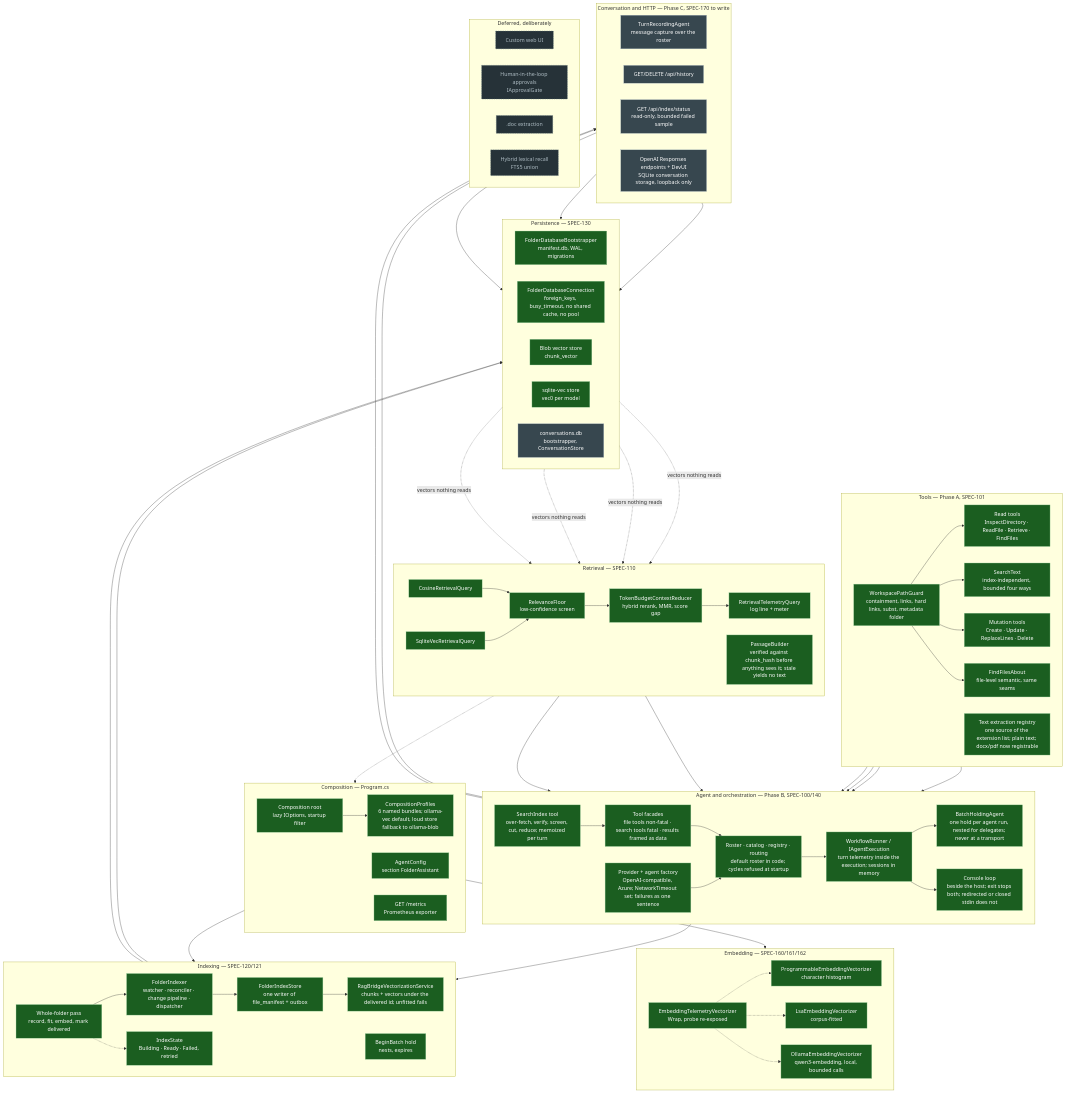
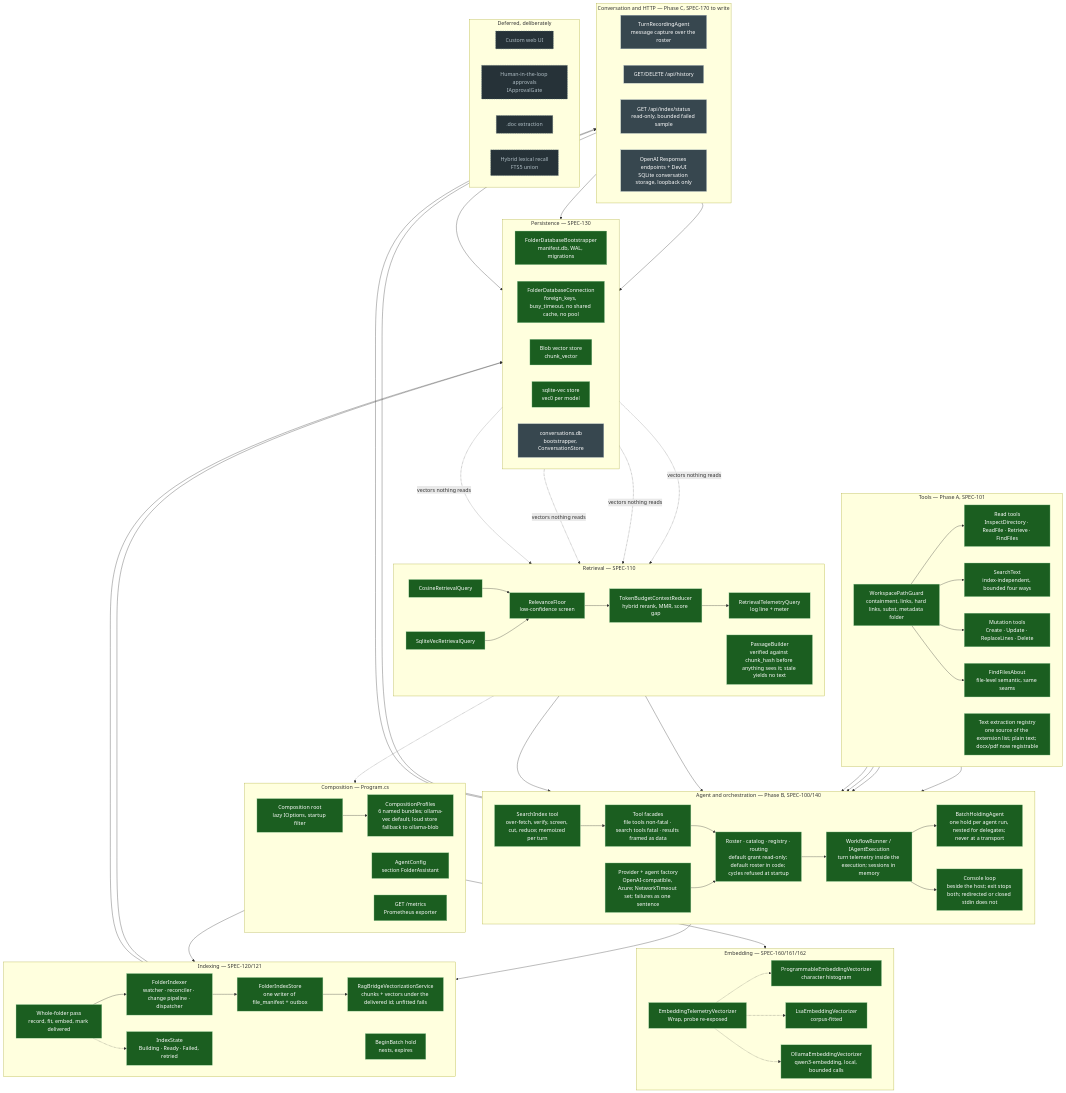
The diagram in README.md (Gazizova-Olga/Folder_Assistant-local_semantic_search), drawn with Mermaid before and after one commit. The commit also changed other lines of this file and 10 other files, not shown here.

```diff
--- a/README.md
+++ b/README.md
@@ -192,7 +194,7 @@
         direction LR
         provider["Provider + agent factory<br/>OpenAI-compatible, Azure; NetworkTimeout set; failures as one sentence"]
         facade["Tool facades<br/>file tools non-fatal · search tools fatal · results framed as data"]
-        roster["Roster · catalog · registry · routing<br/>default roster in code; cycles refused at startup"]
+        roster["Roster · catalog · registry · routing<br/>default grant read-only; default roster in code; cycles refused at startup"]
         runner["WorkflowRunner / IAgentExecution<br/>turn telemetry inside the execution; sessions in memory"]
         searchidx["SearchIndex tool<br/>over-fetch, verify, screen, cut, reduce; memoized per turn"]
         batching["BatchHoldingAgent<br/>one hold per agent run, nested for delegates; never at a transport"]
```
